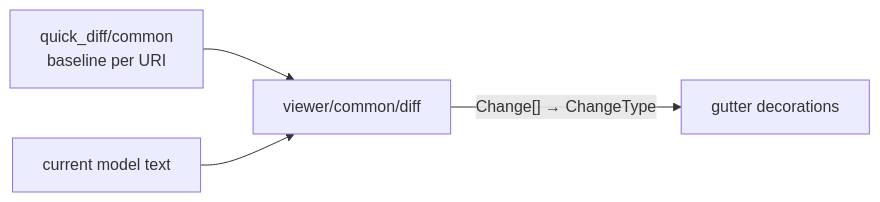
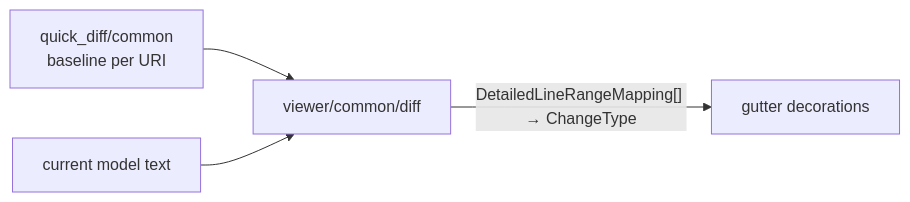
One commit to 0717lee/openseek changed the diagram in editor/internal/viewer/contrib/quick_diff/browser/README.mbt.md. Above: the diagram before and after it, drawn with Mermaid. The commit also changed other lines of this file and 13 other files, not shown here.

````diff
--- a/editor/internal/viewer/contrib/quick_diff/browser/README.mbt.md
+++ b/editor/internal/viewer/contrib/quick_diff/browser/README.mbt.md
@@ -12,6 +12,6 @@
 ```mermaid
 flowchart LR
   BASE["quick_diff/common<br>baseline per URI"] --> D["viewer/common/diff"]
   MODEL["current model text"] --> D
-  D -->|"Change[] → ChangeType"| G["gutter decorations"]
+  D -->|"DetailedLineRangeMapping[] → ChangeType"| G["gutter decorations"]
 ```
````
